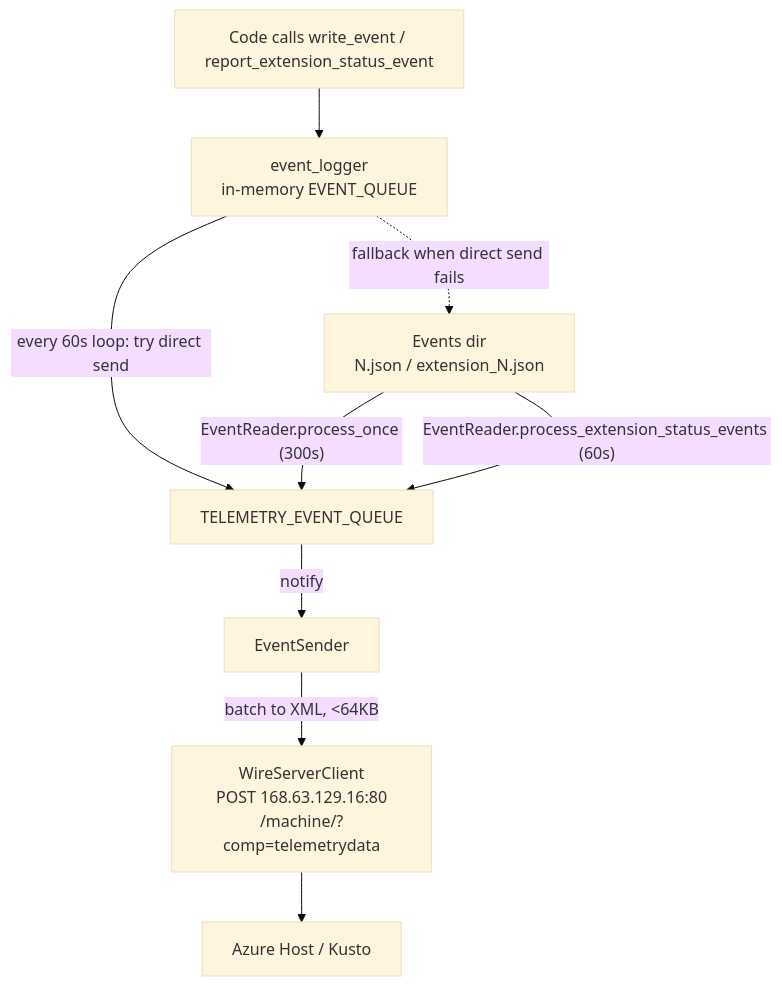
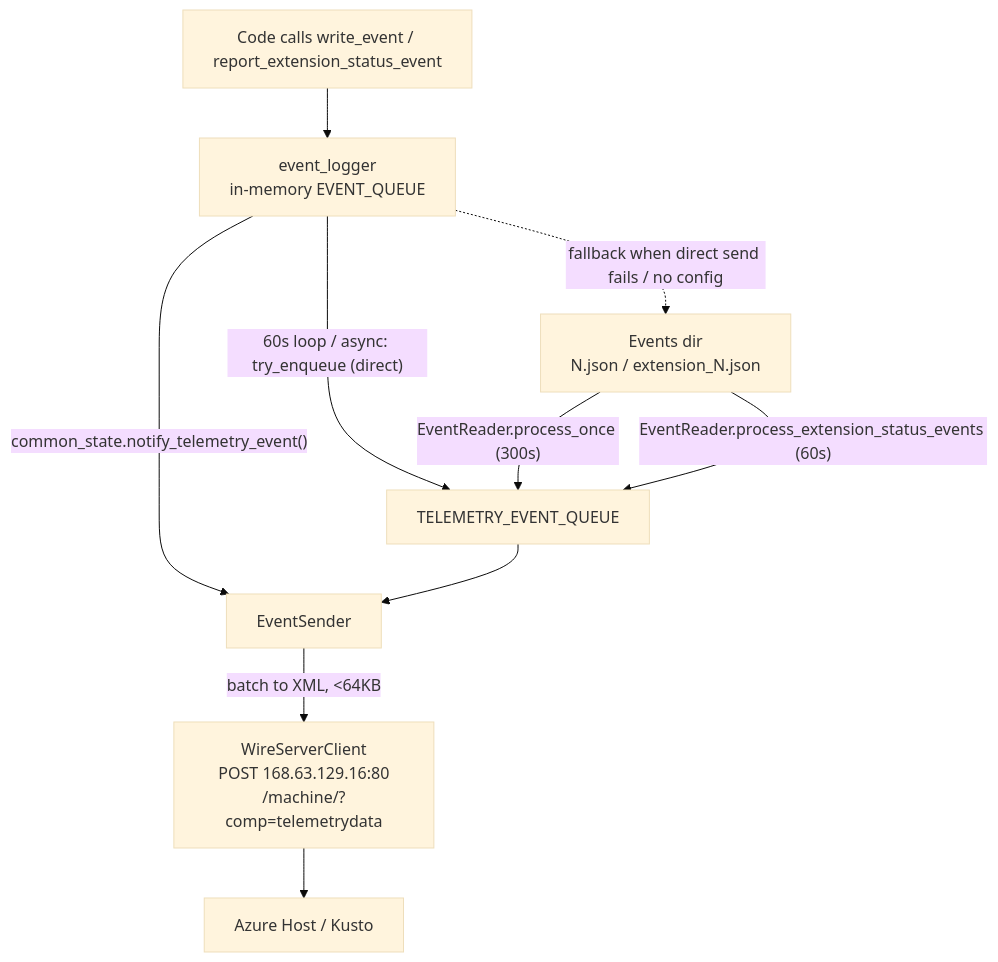
Before and after one commit to ZhidongPeng/GuestProxyAgent: the diagram in doc/TelemetryEventFlow.md, drawn with Mermaid (base theme). The commit also changed other lines of this file and 5 other files, not shown here.

Commit message:
Moved DirectSendConfig to event_logger

````diff
--- a/doc/TelemetryEventFlow.md
+++ b/doc/TelemetryEventFlow.md
@@ -13,11 +13,12 @@
 ```mermaid
 flowchart TD
     A["Code calls write_event / report_extension_status_event"] --> B["event_logger<br/>in-memory EVENT_QUEUE"]
-    B -->|"every 60s loop: try direct send"| D["TELEMETRY_EVENT_QUEUE"]
-    B -.->|"fallback when direct send fails"| C["Events dir<br/>N.json / extension_N.json"]
+    B -->|"60s loop / async: try_enqueue (direct)"| D["TELEMETRY_EVENT_QUEUE"]
+    B -.->|"fallback when direct send fails / no config"| C["Events dir<br/>N.json / extension_N.json"]
     C -->|"EventReader.process_once (300s)"| D
     C -->|"EventReader.process_extension_status_events (60s)"| D
-    D -->|"notify"| E["EventSender"]
+    B -->|"common_state.notify_telemetry_event()"| E["EventSender"]
+    D --> E
     E -->|"batch to XML, <64KB"| F["WireServerClient<br/>POST 168.63.129.16:80<br/>/machine/?comp=telemetrydata"]
     F --> G["Azure Host / Kusto"]
 ```
````
